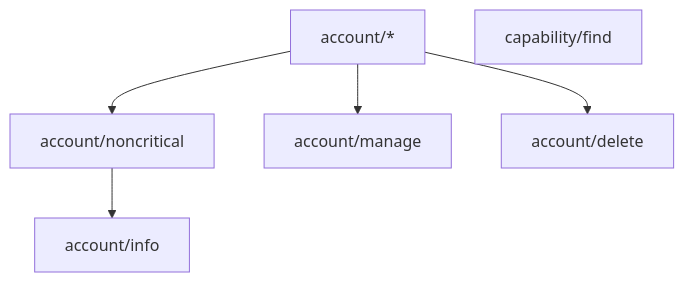
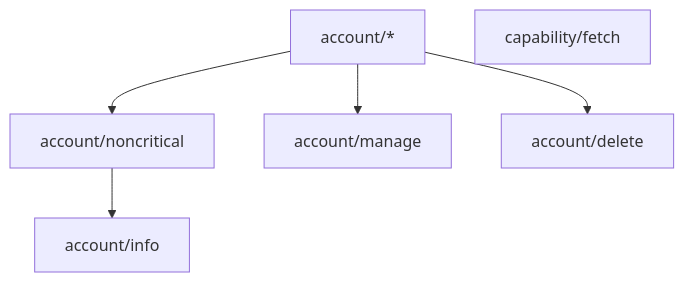
Before and after one commit to fission-codes/fission-server: the diagram in design/api.md, drawn with Mermaid. The commit also changed other lines of this file, not shown here.

Commit message:
docs(api-design): Rename `capability/find` -> `capability/fetch`

````diff
--- a/design/api.md
+++ b/design/api.md
@@ -162,8 +162,8 @@
 ```mermaid
 flowchart TD
     Star["account/*"] --> Noncrit["account/noncritical"]
     Noncrit --> Info["account/info"]
     Star --> Manage["account/manage"]
     Star --> Delete["account/delete"]
-    CapFind["capability/find"]
+    CapFind["capability/fetch"]
 ```
````
